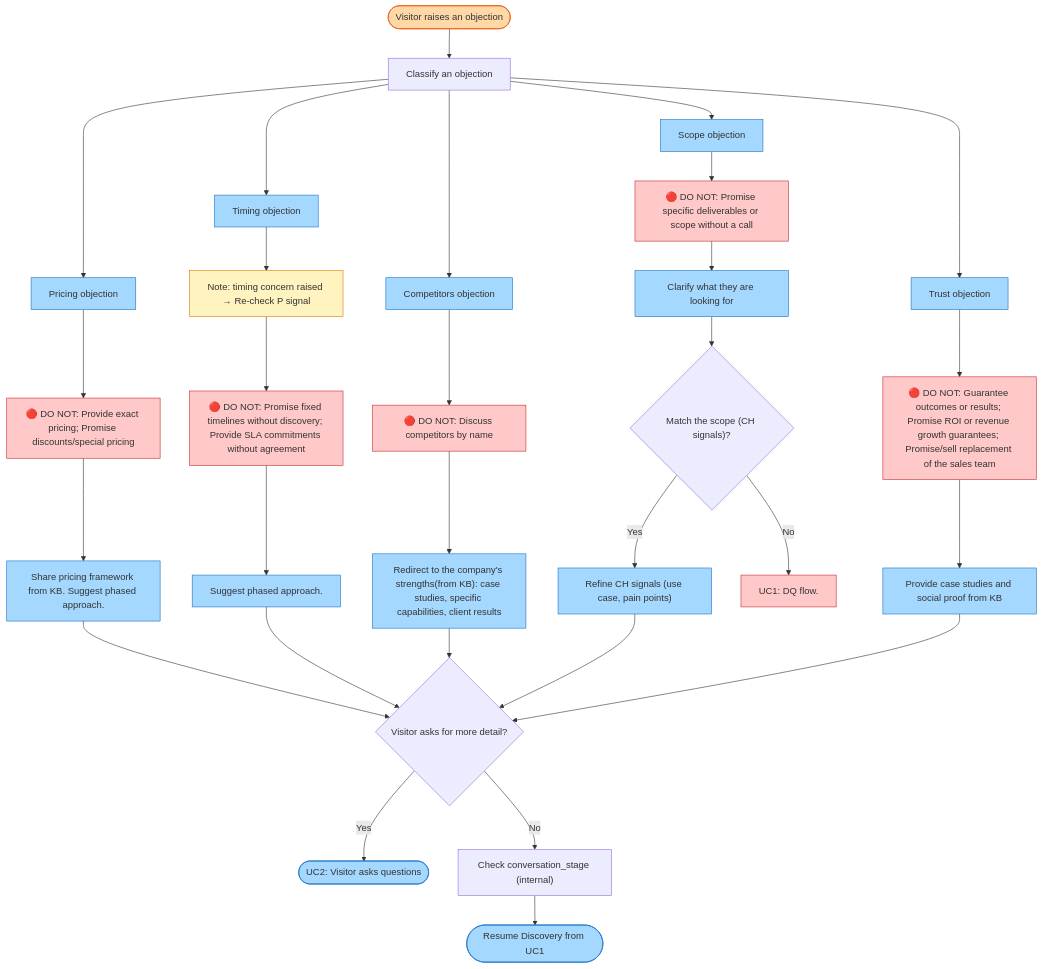
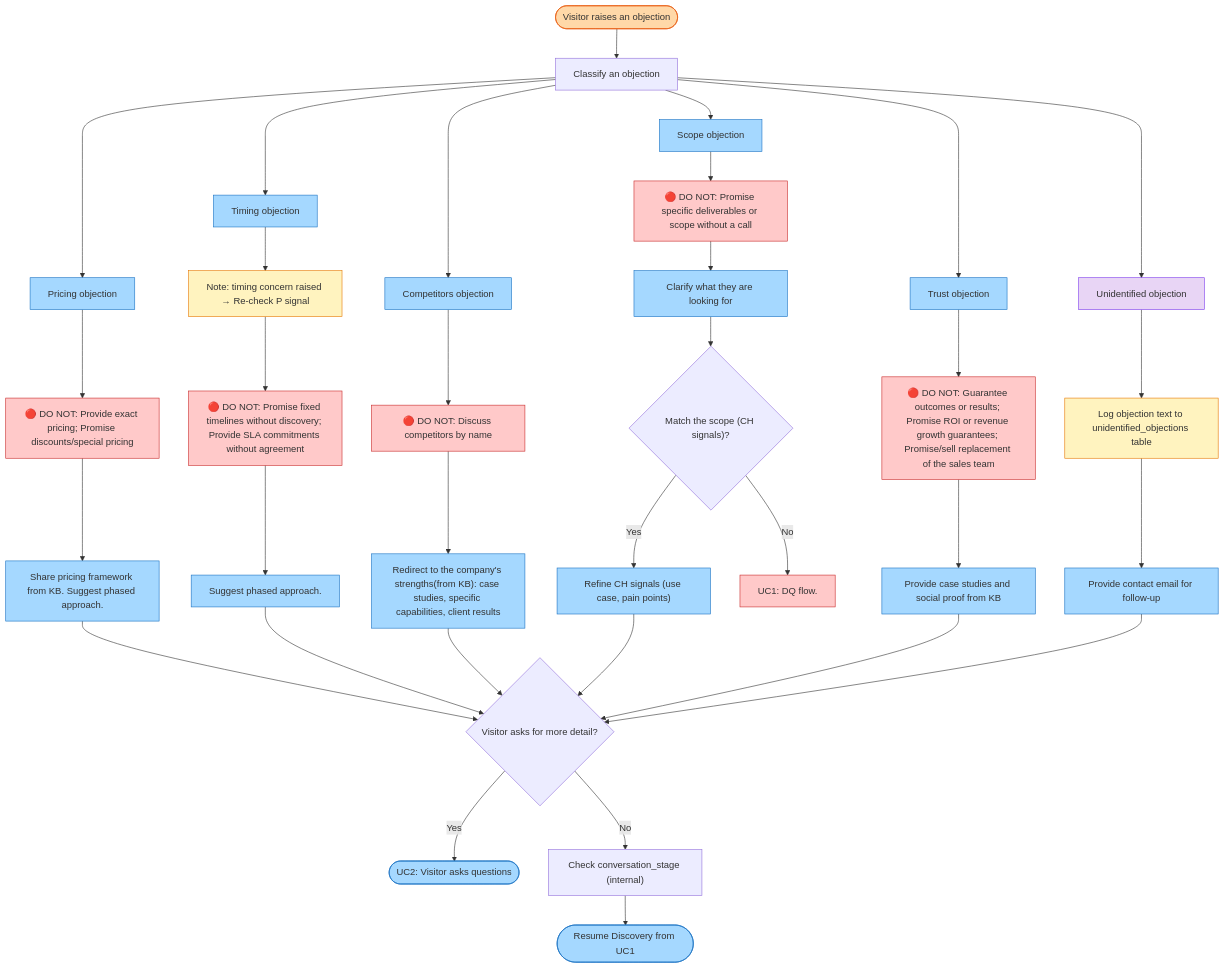
One commit to ai-lab-sales-agent/sales-ai-agent-documentation changed the diagram in Agent blueprint/Diagrams (use cases)/UC3_Objection handling_v1.md. Above: the diagram before and after it, drawn with Mermaid. The commit also changed 1 other file, not shown here.

Commit message:
Add unidentified objection fallback branch to UC3 diagram
- New Type 6 branch: when an objection can't be classified into known
  types (Pricing, Timing, Competitors, Scope, Trust), the agent logs
  the objection text and provides a contact email as fallback
- Added unidentified_objections array field to both Conversation
  Variables and Leads Table schemas for tracking

https://claude.ai/code/session_0183SmQrvNcQrUfekPCtZ2Zw

````diff
--- a/Agent blueprint/Diagrams (use cases)/UC3_Objection handling_v1.md
+++ b/Agent blueprint/Diagrams (use cases)/UC3_Objection handling_v1.md
@@ -1,68 +1,77 @@
 ```mermaid
 flowchart TD
     TRIGGER([Visitor raises an objection]) --> CLASSIFY[Classify an objection]
 
     %% Type 1: Pricing
     CLASSIFY --> PRICING[Pricing objection]
     PRICING --> P_GUARD["🔴 DO NOT: Provide exact pricing; Promise discounts/special pricing"]
     P_GUARD --> P_ACTION["Share pricing framework from KB. Suggest phased approach."]
 
     %% Type 2: Timing
     CLASSIFY --> TIMING[Timing objection]
     TIMING --> T_NOTE["Note: timing concern raised → Re-check P signal"]
     T_NOTE --> T_GUARD["🔴 DO NOT: Promise fixed timelines without discovery; Provide SLA commitments without agreement"]
     T_GUARD --> T_ACTION["Suggest phased approach."]
 
     %% Type 3: Competitors
     CLASSIFY --> COMP[Competitors objection]
     COMP --> C_GUARD["🔴 DO NOT: Discuss competitors by name"]
     C_GUARD --> C_ACTION["Redirect to the company's strengths(from KB): case studies, specific capabilities, client results"]
 
     %% Type 4: Scope
     CLASSIFY --> SCOPE[Scope objection]
     SCOPE --> SC_GUARD["🔴 DO NOT: Promise specific deliverables or scope without a call"]
     SC_GUARD --> SC_CLARIFY["Clarify what they are looking for"]
     SC_CLARIFY --> SC_CHECK{"Match the scope (CH signals)?"}
     SC_CHECK -- "Yes" --> SC_REFINE["Refine CH signals (use case, pain points)"]
     SC_CHECK -- "No" --> SC_DQ["UC1: DQ flow."]
 
     %% Type 5: Trust
     CLASSIFY --> TRUST[Trust objection]
     TRUST --> TR_GUARD["🔴 DO NOT: Guarantee outcomes or results; Promise ROI or revenue growth guarantees; Promise/sell replacement of the sales team"]
     TR_GUARD --> TR_ACTION["Provide case studies and social proof from KB"]
 
+    %% Type 6: Unidentified (fallback)
+    CLASSIFY --> UNKNOWN[Unidentified objection]
+    UNKNOWN --> UNK_LOG["Log objection text to unidentified_objections table"]
+    UNK_LOG --> UNK_CONTACT["Provide contact email for follow-up"]
+
     %% Convergence
     P_ACTION --> DETAIL
     T_ACTION --> DETAIL
     C_ACTION --> DETAIL
     SC_REFINE --> DETAIL
     TR_ACTION --> DETAIL
+    UNK_CONTACT --> DETAIL
 
     DETAIL{Visitor asks for more detail?}
     DETAIL -- "Yes" --> UC2([UC2: Visitor asks questions])
     DETAIL -- "No" --> STAGE["Check conversation_stage (internal)"]
     STAGE --> RESUME([Resume Discovery from UC1])
 
     %% Styling
     style TRIGGER fill:#ffd8a8,stroke:#e8590c
     style P_GUARD fill:#ffc9c9,stroke:#c92a2a
     style T_GUARD fill:#ffc9c9,stroke:#c92a2a
     style C_GUARD fill:#ffc9c9,stroke:#c92a2a
     style SC_GUARD fill:#ffc9c9,stroke:#c92a2a
     style TR_GUARD fill:#ffc9c9,stroke:#c92a2a
     style SC_DQ fill:#ffc9c9,stroke:#c92a2a
     style PRICING fill:#a5d8ff,stroke:#1971c2
     style TIMING fill:#a5d8ff,stroke:#1971c2
     style COMP fill:#a5d8ff,stroke:#1971c2
     style SCOPE fill:#a5d8ff,stroke:#1971c2
     style TRUST fill:#a5d8ff,stroke:#1971c2
     style P_ACTION fill:#a5d8ff,stroke:#1971c2
     style T_ACTION fill:#a5d8ff,stroke:#1971c2
     style C_ACTION fill:#a5d8ff,stroke:#1971c2
     style SC_CLARIFY fill:#a5d8ff,stroke:#1971c2
     style SC_REFINE fill:#a5d8ff,stroke:#1971c2
     style TR_ACTION fill:#a5d8ff,stroke:#1971c2
+    style UNKNOWN fill:#e8d5f5,stroke:#7c3aed
+    style UNK_LOG fill:#fff3bf,stroke:#e67700
+    style UNK_CONTACT fill:#a5d8ff,stroke:#1971c2
     style T_NOTE fill:#fff3bf,stroke:#e67700
     style UC2 fill:#a5d8ff,stroke:#1971c2
     style RESUME fill:#a5d8ff,stroke:#1971c2
 ```
````
